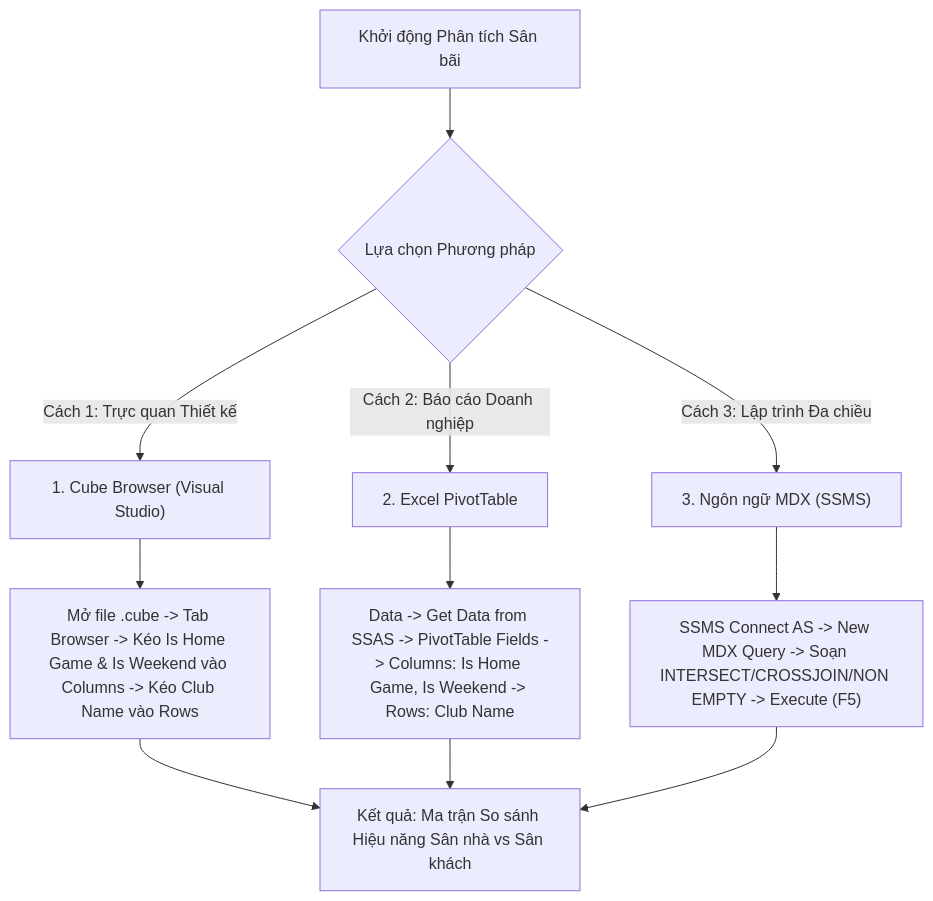
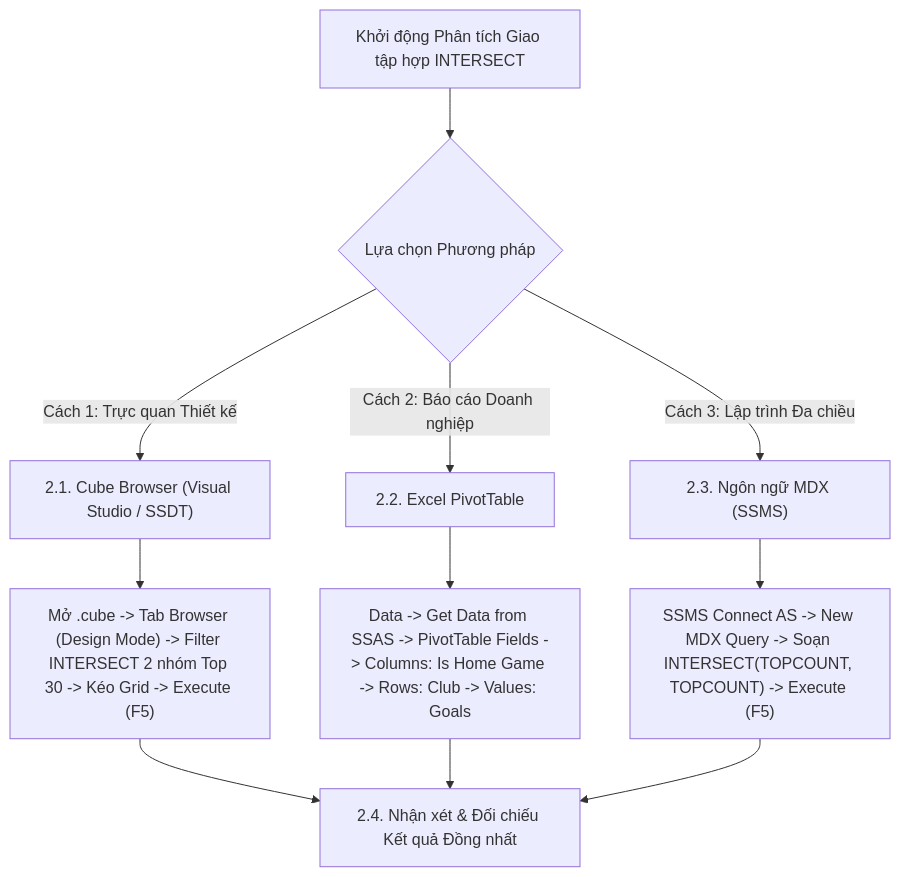
One commit to snowflake-vibing/Kho_du_lieu_OLAP changed the diagram in mdx/query_09.md. Above: the diagram before and after it, drawn with Mermaid. The commit also changed other lines of this file and 9 other files, not shown here.

Commit message:
docs(mdx): dong bo quy trinh 3 phuong phap va bang doi chieu cho query 06 den 15

````diff
--- a/mdx/query_09.md
+++ b/mdx/query_09.md
@@ -36,16 +56,16 @@
 ```mermaid
 flowchart TD
-    Start["Khởi động Phân tích Sân bãi"] --> Choice{"Lựa chọn Phương pháp"}
+    Start["Khởi động Phân tích Giao tập hợp INTERSECT"] --> Choice{"Lựa chọn Phương pháp"}
 
-    Choice -->|"Cách 1: Trực quan Thiết kế"| CB["1. Cube Browser (Visual Studio)"]
-    Choice -->|"Cách 2: Báo cáo Doanh nghiệp"| Excel["2. Excel PivotTable"]
-    Choice -->|"Cách 3: Lập trình Đa chiều"| MDX["3. Ngôn ngữ MDX (SSMS)"]
+    Choice -->|"Cách 1: Trực quan Thiết kế"| CB["2.1. Cube Browser (Visual Studio / SSDT)"]
+    Choice -->|"Cách 2: Báo cáo Doanh nghiệp"| Excel["2.2. Excel PivotTable"]
+    Choice -->|"Cách 3: Lập trình Đa chiều"| MDX["2.3. Ngôn ngữ MDX (SSMS)"]
 
-    CB --> CB_Step["Mở file .cube -> Tab Browser -> Kéo Is Home Game & Is Weekend vào Columns -> Kéo Club Name vào Rows"]
-    Excel --> Excel_Step["Data -> Get Data from SSAS -> PivotTable Fields -> Columns: Is Home Game, Is Weekend -> Rows: Club Name"]
-    MDX --> MDX_Step["SSMS Connect AS -> New MDX Query -> Soạn INTERSECT/CROSSJOIN/NON EMPTY -> Execute (F5)"]
+    CB --> CB_Step["Mở .cube -> Tab Browser (Design Mode) -> Filter INTERSECT 2 nhóm Top 30 -> Kéo Grid -> Execute (F5)"]
+    Excel --> Excel_Step["Data -> Get Data from SSAS -> PivotTable Fields -> Columns: Is Home Game -> Rows: Club -> Values: Goals"]
+    MDX --> MDX_Step["SSMS Connect AS -> New MDX Query -> Soạn INTERSECT(TOPCOUNT, TOPCOUNT) -> Execute (F5)"]
 
-    CB_Step --> Finish["Kết quả: Ma trận So sánh Hiệu năng Sân nhà vs Sân khách"]
+    CB_Step --> Finish["2.4. Nhận xét & Đối chiếu Kết quả Đồng nhất"]
     Excel_Step --> Finish
     MDX_Step --> Finish
 ```
````
